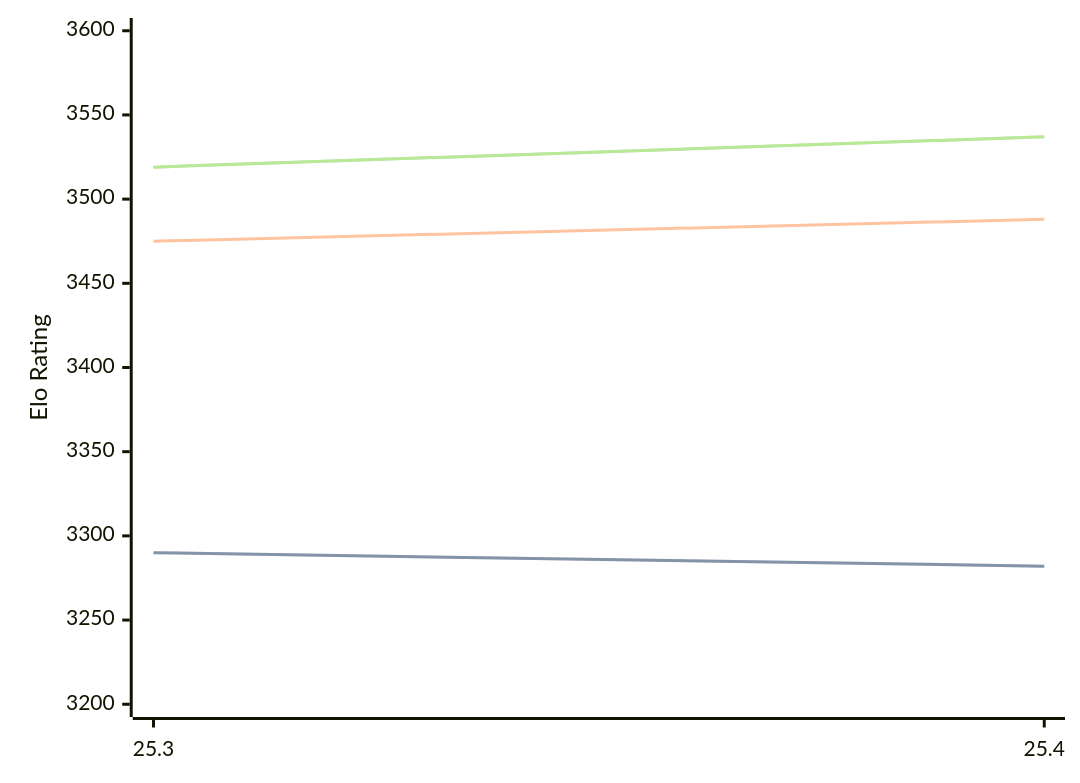
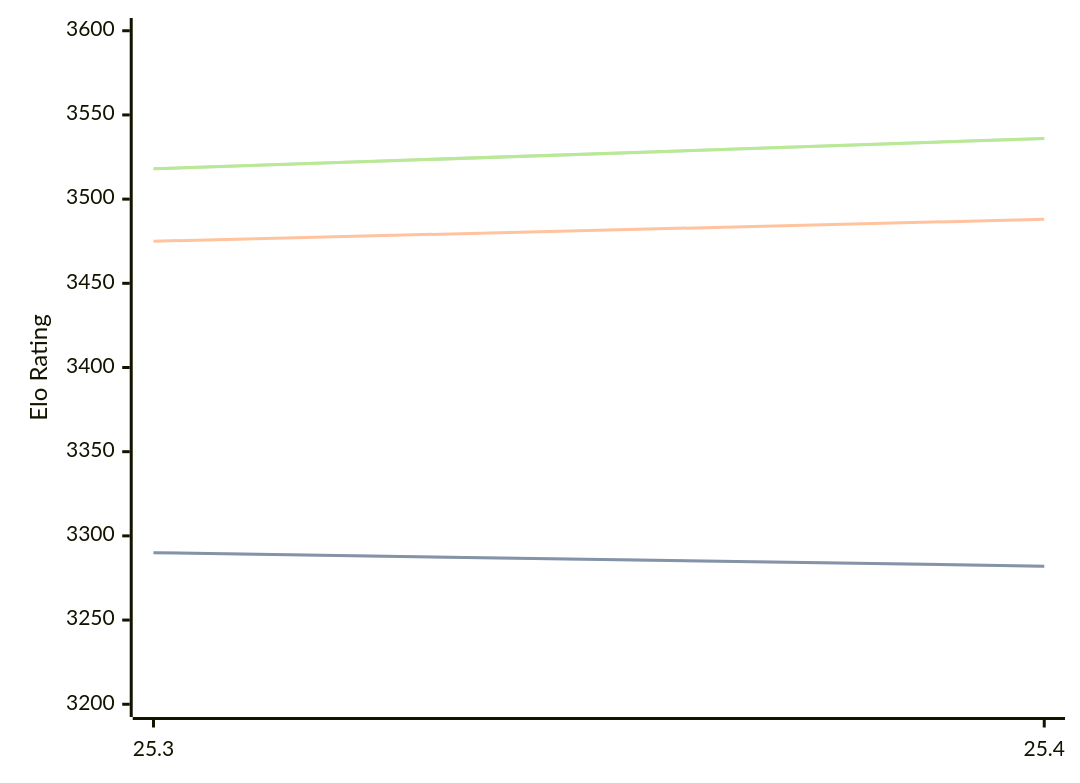
Before and after one commit to computer-chess-index/cci: the diagram in engines/Arasan.md, drawn with Mermaid. The commit also changed other lines of this file, not shown here.

Commit message:
Update CCI Ratings (ELO VLTC) - 2026-05-07

````diff
--- a/engines/Arasan.md
+++ b/engines/Arasan.md
@@ -33,11 +33,11 @@
 ```mermaid
 %%{init: {"theme":"base","themeVariables":{"seriesColors:['#a3a3a3','#222221','#faa371']}}}%%
 xychart-beta
   x-axis ["25.3", "25.4"]
   y-axis "Elo Rating" 3200 --> 3600
   line "STC (8.0+0.08s)" [3290, 3282]
   line "STC (8.0+0.08s)" [3290, 3282]
   line "LTC (60.0+0.60s)" [3475, 3488]
-  line "VLTC (2m24s+1.12s)" [3519, 3537]
-  line "VLTC (2m24s+1.12s)" [3519, 3537]
+  line "VLTC (2m24s+1.12s)" [3518, 3536]
+  line "VLTC (2m24s+1.12s)" [3518, 3536]
 ```
````
